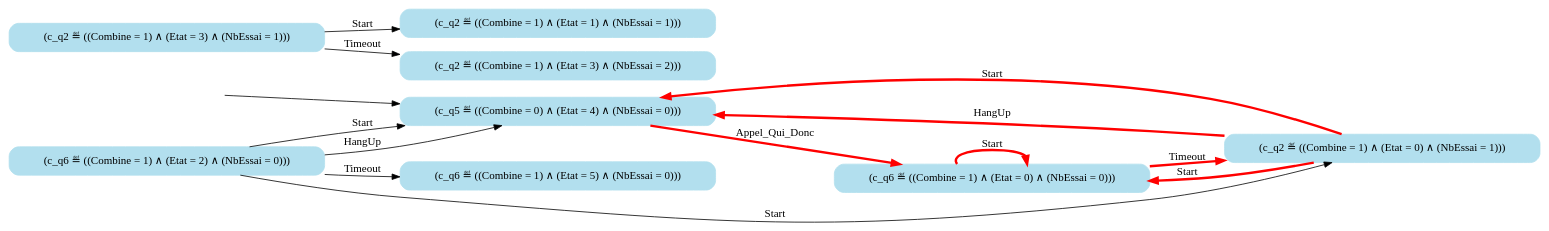
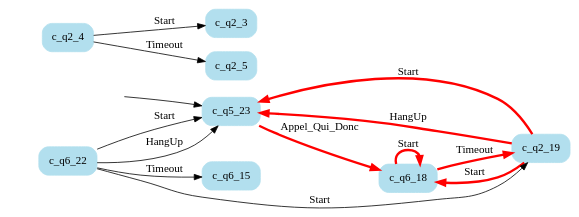
The diagram in resources/outputs/phone/1guard/eua0.dot (stratosphr/Stratest), drawn with Graphviz before and after one commit. The commit also changed 642 other files, not shown here.

```diff
--- a/resources/outputs/phone/1guard/eua0.dot
+++ b/resources/outputs/phone/1guard/eua0.dot
@@ -1,32 +1,32 @@
 digraph G {
 
 	rankdir = LR;
 
 	start_c_q5_23[style=invisible];
 
 	node[shape=box, style="rounded, filled", color=lightblue2];
 
-	c_q6_18[label="(c_q6 ≝ ((Combine = 1) ∧ (Etat = 0) ∧ (NbEssai = 0)))"];
-	c_q6_15[label="(c_q6 ≝ ((Combine = 1) ∧ (Etat = 5) ∧ (NbEssai = 0)))"];
-	c_q2_3[label="(c_q2 ≝ ((Combine = 1) ∧ (Etat = 1) ∧ (NbEssai = 1)))"];
-	c_q2_19[label="(c_q2 ≝ ((Combine = 1) ∧ (Etat = 0) ∧ (NbEssai = 1)))"];
-	c_q2_4[label="(c_q2 ≝ ((Combine = 1) ∧ (Etat = 3) ∧ (NbEssai = 1)))"];
-	c_q2_5[label="(c_q2 ≝ ((Combine = 1) ∧ (Etat = 3) ∧ (NbEssai = 2)))"];
-	c_q5_23[label="(c_q5 ≝ ((Combine = 0) ∧ (Etat = 4) ∧ (NbEssai = 0)))"];
-	c_q6_22[label="(c_q6 ≝ ((Combine = 1) ∧ (Etat = 2) ∧ (NbEssai = 0)))"];
+	c_q6_18[label="c_q6_18"];
+	c_q6_15[label="c_q6_15"];
+	c_q2_3[label="c_q2_3"];
+	c_q2_19[label="c_q2_19"];
+	c_q2_4[label="c_q2_4"];
+	c_q2_5[label="c_q2_5"];
+	c_q5_23[label="c_q5_23"];
+	c_q6_22[label="c_q6_22"];
 
 	start_c_q5_23 -> c_q5_23;
 	c_q5_23 -> c_q6_18[label="Appel_Qui_Donc", penwidth=3, color=red];
 	c_q2_4 -> c_q2_3[label="Start"];
 	c_q2_4 -> c_q2_5[label="Timeout"];
 	c_q2_19 -> c_q5_23[label="Start", penwidth=3, color=red];
 	c_q2_19 -> c_q5_23[label="HangUp", penwidth=3, color=red];
 	c_q2_19 -> c_q6_18[label="Start", penwidth=3, color=red];
 	c_q6_18 -> c_q6_18[label="Start", penwidth=3, color=red];
 	c_q6_22 -> c_q6_15[label="Timeout"];
 	c_q6_22 -> c_q2_19[label="Start"];
 	c_q6_18 -> c_q2_19[label="Timeout", penwidth=3, color=red];
 	c_q6_22 -> c_q5_23[label="Start"];
 	c_q6_22 -> c_q5_23[label="HangUp"];
 
 }
```
